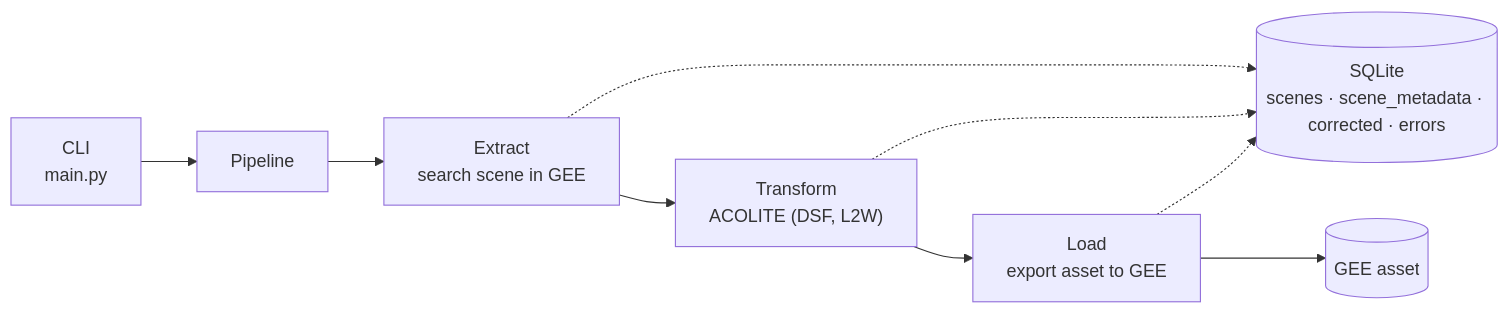
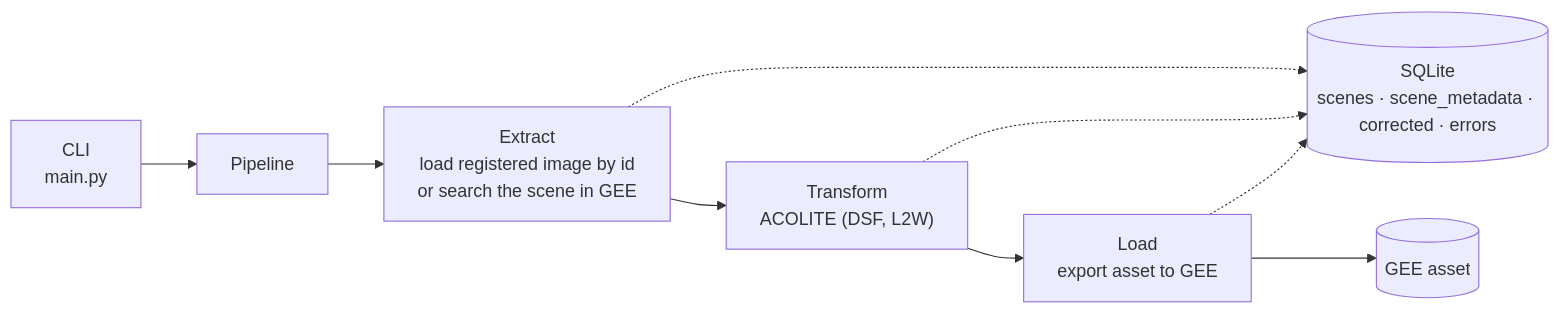
The diagram in README.md (Aouei/sentinel2-correction-with-acolite), drawn with Mermaid before and after one commit. The commit also changed other lines of this file and 2 other files, not shown here.

Commit message:
fix(pipeline): name the registered image in the load error and document the manual reset

````diff
--- a/README.md
+++ b/README.md
@@ -33,11 +33,11 @@
 ```mermaid
 flowchart LR
     CLI["CLI<br/>main.py"] --> P["Pipeline"]
-    P --> E["Extract<br/>search scene in GEE"]
+    P --> E["Extract<br/>load registered image by id<br/>or search the scene in GEE"]
     E --> T["Transform<br/>ACOLITE (DSF, L2W)"]
     T --> L["Load<br/>export asset to GEE"]
     E -.-> DB[("SQLite<br/>scenes · scene_metadata · corrected · errors")]
     T -.-> DB
     L -.-> DB
     L --> A[("GEE asset")]
 ```
````
